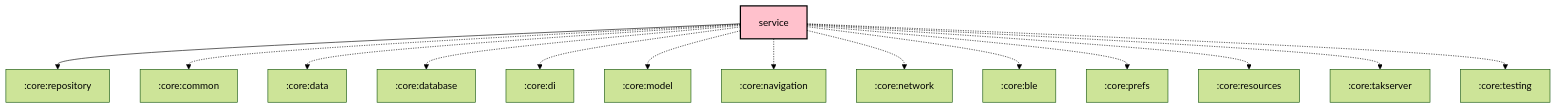
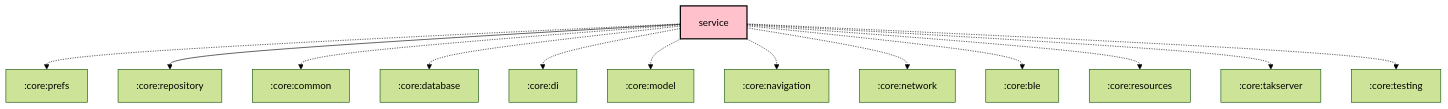
One commit to meshtastic/Meshtastic-Android changed the diagram in core/service/README.md. Above: the diagram before and after it, drawn with Mermaid (forest theme). The commit also changed 14 other files, not shown here.

First line of the commit message:
chore: Scheduled updates (Graphs, Baseline Profile)

````diff
--- a/core/service/README.md
+++ b/core/service/README.md
@@ -27,31 +27,30 @@
 ```mermaid
 graph TB
   :core:service[service]:::kmp-library
+  :core:service -.-> :core:prefs
   :core:service --> :core:repository
   :core:service -.-> :core:common
-  :core:service -.-> :core:data
   :core:service -.-> :core:database
   :core:service -.-> :core:di
   :core:service -.-> :core:model
   :core:service -.-> :core:navigation
   :core:service -.-> :core:network
   :core:service -.-> :core:ble
-  :core:service -.-> :core:prefs
   :core:service -.-> :core:resources
   :core:service -.-> :core:takserver
   :core:service -.-> :core:testing
 
 classDef android-application fill:#CAFFBF,stroke:#000,stroke-width:2px,color:#000;
 classDef android-application-compose fill:#CAFFBF,stroke:#000,stroke-width:2px,color:#000;
 classDef compose-desktop-application fill:#CAFFBF,stroke:#000,stroke-width:2px,color:#000;
 classDef android-feature fill:#FFD6A5,stroke:#000,stroke-width:2px,color:#000;
 classDef android-library fill:#9BF6FF,stroke:#000,stroke-width:2px,color:#000;
 classDef android-library-compose fill:#9BF6FF,stroke:#000,stroke-width:2px,color:#000;
 classDef android-test fill:#A0C4FF,stroke:#000,stroke-width:2px,color:#000;
 classDef jvm-library fill:#BDB2FF,stroke:#000,stroke-width:2px,color:#000;
 classDef kmp-feature fill:#FFD6A5,stroke:#000,stroke-width:2px,color:#000;
 classDef kmp-library-compose fill:#FFC1CC,stroke:#000,stroke-width:2px,color:#000;
 classDef kmp-library fill:#FFC1CC,stroke:#000,stroke-width:2px,color:#000;
 classDef unknown fill:#FFADAD,stroke:#000,stroke-width:2px,color:#000;
 
 ```
````
